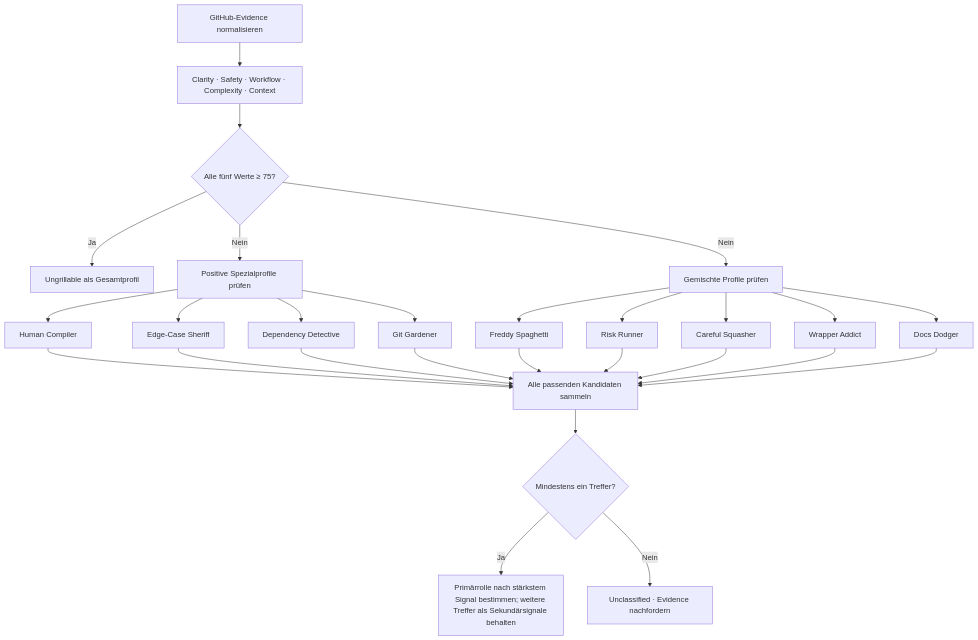
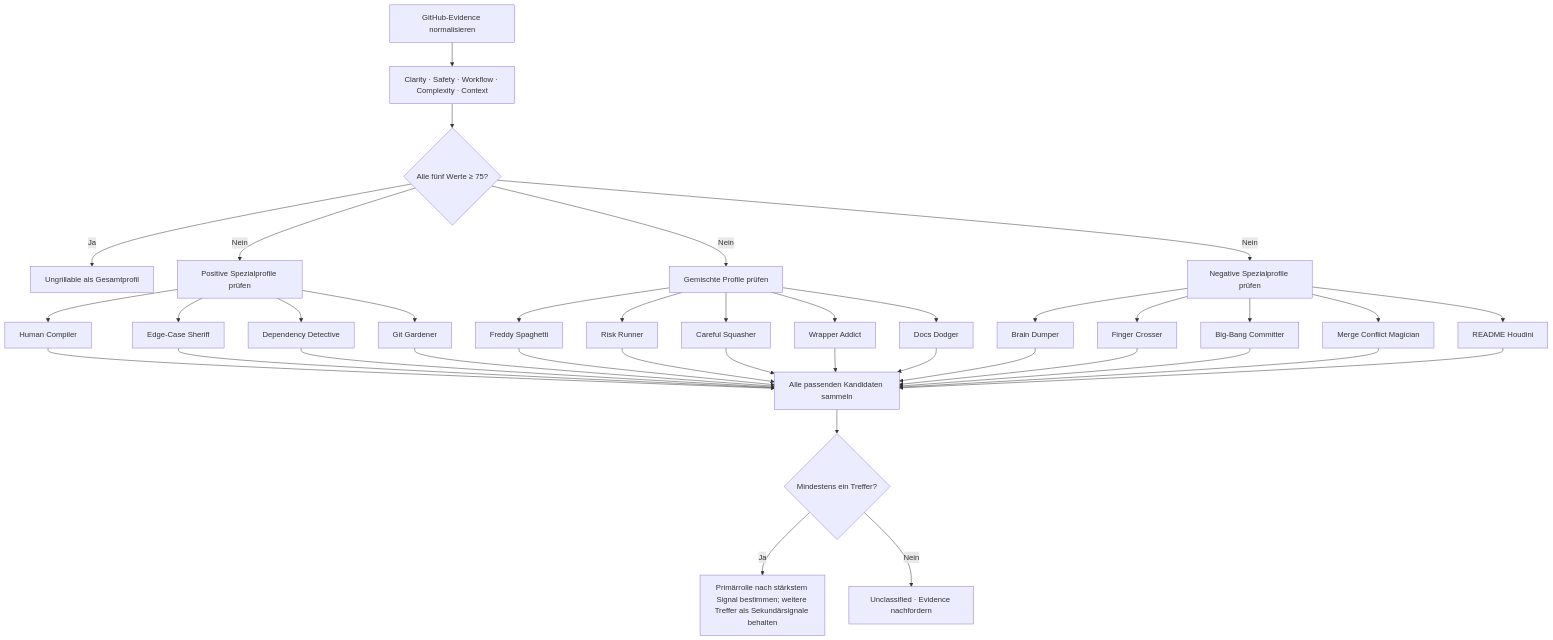
One commit to lafllamme/grill-me changed the diagram in docs/profiles.md. Above: the diagram before and after it, drawn with Mermaid. The commit also changed other lines of this file and 11 other files, not shown here.

````diff
--- a/docs/profiles.md
+++ b/docs/profiles.md
@@ -59,34 +74,46 @@
 ```mermaid
 flowchart TD
     A["GitHub-Evidence normalisieren"] --> B["Clarity · Safety · Workflow · Complexity · Context"]
     B --> C{"Alle fünf Werte ≥ 75?"}
 
     C -- Ja --> U["Ungrillable als Gesamtprofil"]
     C -- Nein --> P["Positive Spezialprofile prüfen"]
     C -- Nein --> M["Gemischte Profile prüfen"]
+    C -- Nein --> N["Negative Spezialprofile prüfen"]
 
     P --> P1["Human Compiler"]
     P --> P2["Edge-Case Sheriff"]
     P --> P3["Dependency Detective"]
     P --> P4["Git Gardener"]
 
     M --> M1["Freddy Spaghetti"]
     M --> M2["Risk Runner"]
     M --> M3["Careful Squasher"]
     M --> M4["Wrapper Addict"]
     M --> M5["Docs Dodger"]
 
+    N --> N1["Brain Dumper"]
+    N --> N2["Finger Crosser"]
+    N --> N3["Big-Bang Committer"]
+    N --> N4["Merge Conflict Magician"]
+    N --> N5["README Houdini"]
+
     P1 --> K["Alle passenden Kandidaten sammeln"]
     P2 --> K
     P3 --> K
     P4 --> K
     M1 --> K
     M2 --> K
     M3 --> K
     M4 --> K
     M5 --> K
+    N1 --> K
+    N2 --> K
+    N3 --> K
+    N4 --> K
+    N5 --> K
 
     K --> R{"Mindestens ein Treffer?"}
     R -- Ja --> S["Primärrolle nach stärkstem Signal bestimmen; weitere Treffer als Sekundärsignale behalten"]
     R -- Nein --> X["Unclassified · Evidence nachfordern"]
 ```
````
